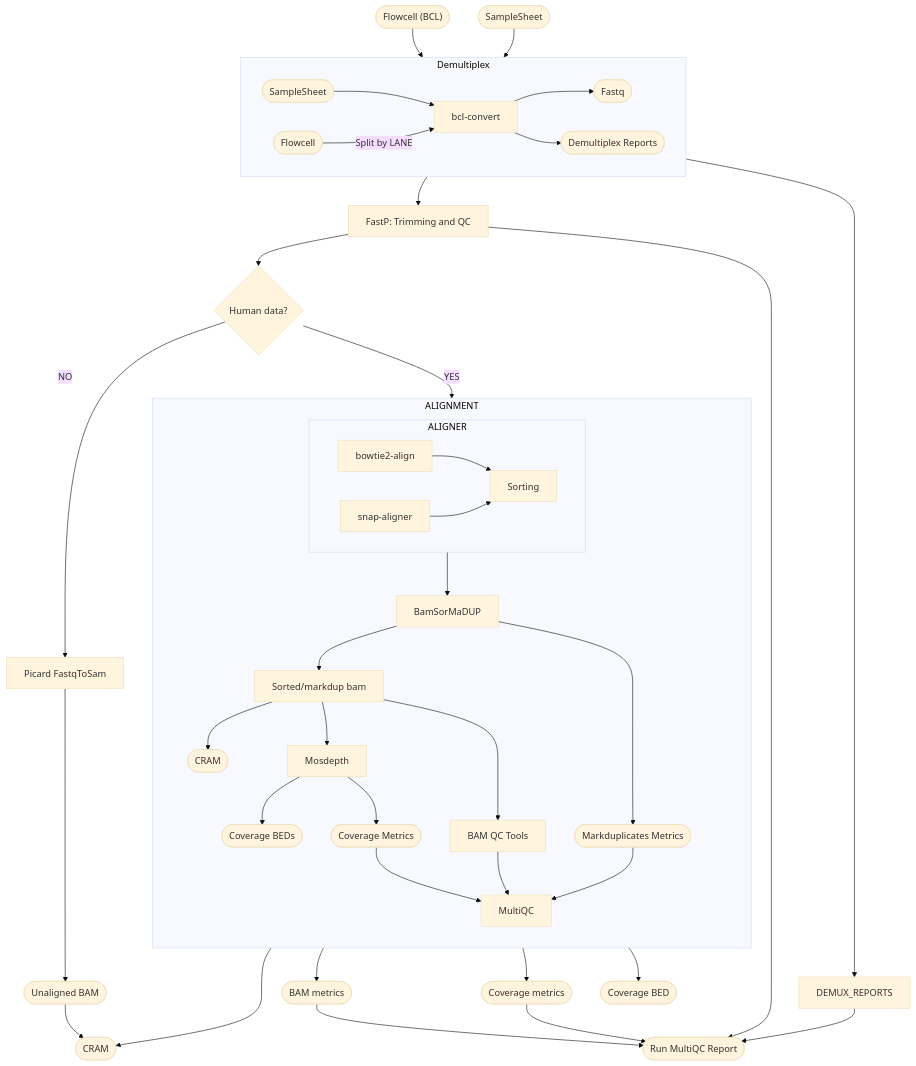
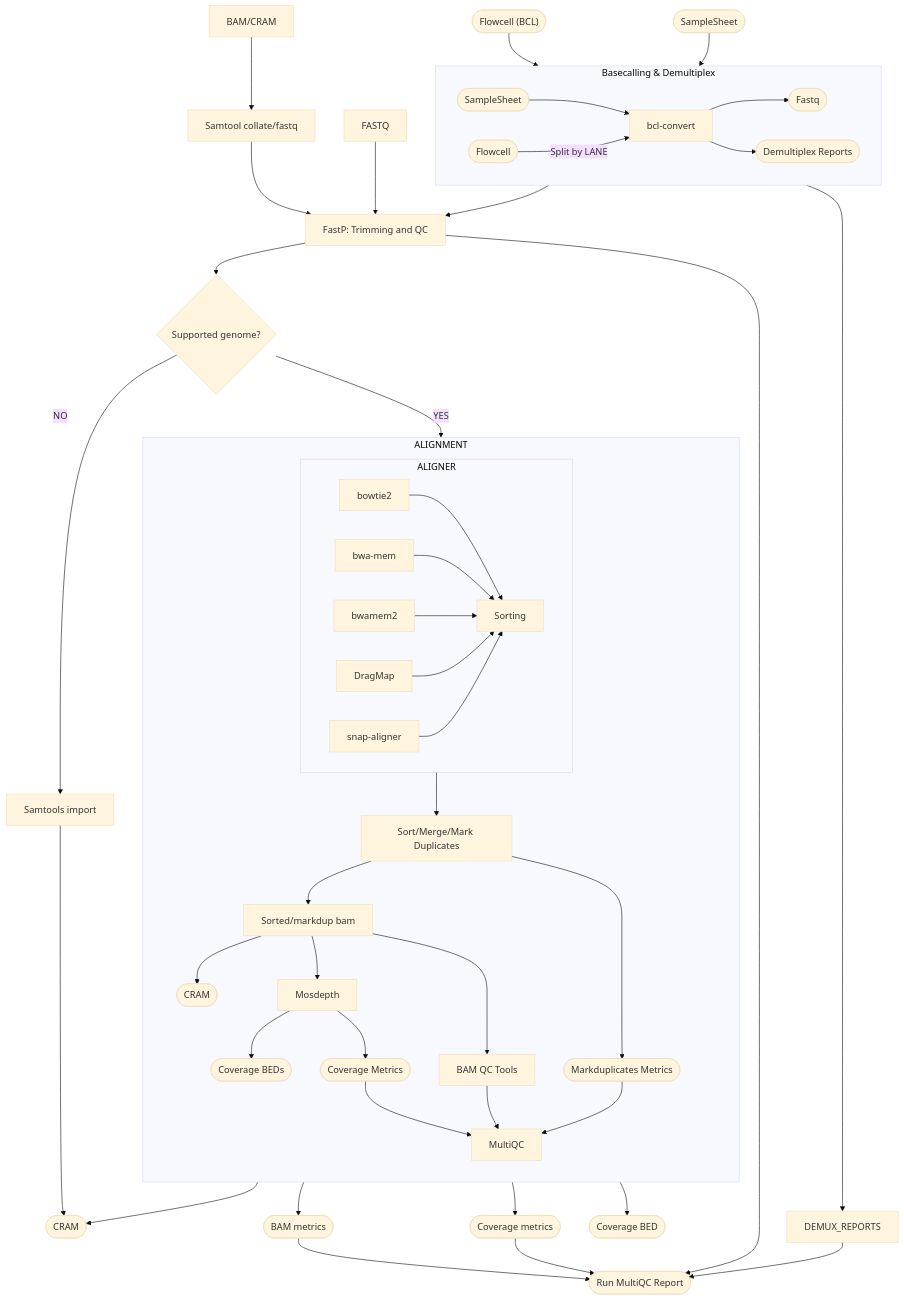
One commit to nf-cmgg/preprocessing changed the diagram in README.md. Above: the diagram before and after it, drawn with Mermaid (base theme). The commit also changed other lines of this file and 3 other files, not shown here.

````diff
--- a/README.md
+++ b/README.md
@@ -52,48 +50,51 @@
 ```mermaid
 
 flowchart TB
 
 FC(["Flowcell (BCL)"])                          --> DEMULTIPLEX
 SS([SampleSheet])                               --> DEMULTIPLEX
 
-subgraph DEMULTIPLEX[Demultiplex]
+subgraph DEMULTIPLEX[Basecalling & Demultiplex]
     direction LR
     SAMPLESHEET([SampleSheet])                  --> BCLCONVERT[bcl-convert]
     FLOWCELL([Flowcell])                        --Split by LANE--> BCLCONVERT[bcl-convert]
     BCLCONVERT                                  --> DEMUX_FASTQ([Fastq])
     BCLCONVERT                                  --> DEMULTIPLEX_STATS([Demultiplex Reports])
 end
 
 DEMULTIPLEX                                     --> FASTP[FastP: Trimming and QC]
 DEMULTIPLEX                                     --> DEMUX_REPORTS
-FASTP                                           --> IS_HUMAN{Human data?}
+FASTQ                                           --> FASTP
+BAM/CRAM                                        --> BAMTOFASTQ[Samtool collate/fastq]
+BAMTOFASTQ                                      --> FASTP
+FASTP                                           --> IS_HUMAN{Supported genome?}
 IS_HUMAN                                        --YES--> ALIGNMENT
 IS_HUMAN                                        --NO--> FASTQTOSAM
-FASTQTOSAM[Picard FastqToSam]                   --> UNALIGNED_BAM([Unaligned BAM]) --> A_CRAM
+FASTQTOSAM[Samtools import]                     --> A_CRAM
 
 subgraph ALIGNMENT
     direction TB
 
     subgraph ALIGNER
         direction LR
-        BOWTIE2[bowtie2-align] & SNAP[snap-aligner] --> SORT[Sorting]
+        BOWTIE2[bowtie2] & BWA[bwa-mem] & BWAMEM2[bwamem2] & DRAGMAP[DragMap] & SNAP[snap-aligner] --> SORT[Sorting]
     end
 
-    ALIGNER --> BamSorMaDUP
-    BamSorMaDUP                                 --> SORTBAM[Sorted/markdup bam] & MARKDUP_METRICS([Markduplicates Metrics])
+    ALIGNER --> SORTMARKDUP[Sort/Merge/Mark Duplicates]
+    SORTMARKDUP                                 --> SORTBAM[Sorted/markdup bam] & MARKDUP_METRICS([Markduplicates Metrics])
     SORTBAM                                     -->  ALN_CRAM([CRAM]) & MOSDEPTH[Mosdepth] & BAMQC[BAM QC Tools]
     MOSDEPTH                                    -->  COVERAGE_BED([Coverage BEDs]) & COVERAGE_METRICS([Coverage Metrics])
     BAMQC & MARKDUP_METRICS & COVERAGE_METRICS  -->  ALN_MULTIQC[MultiQC]
 end
 
 ALIGNMENT                                       --> A_CRAM([CRAM])
 ALIGNMENT                                       --> A_BAM_METRICS([BAM metrics])
 ALIGNMENT                                       --> A_COVERAGE_METRICS([Coverage metrics])
 ALIGNMENT                                       --> A_COVERAGE_BED([Coverage BED])
 
 A_BAM_METRICS                                   --> MQC([Run MultiQC Report])
 A_COVERAGE_METRICS                              --> MQC
 FASTP                                           --> MQC
 DEMUX_REPORTS                                   --> MQC
 
 ```
````
